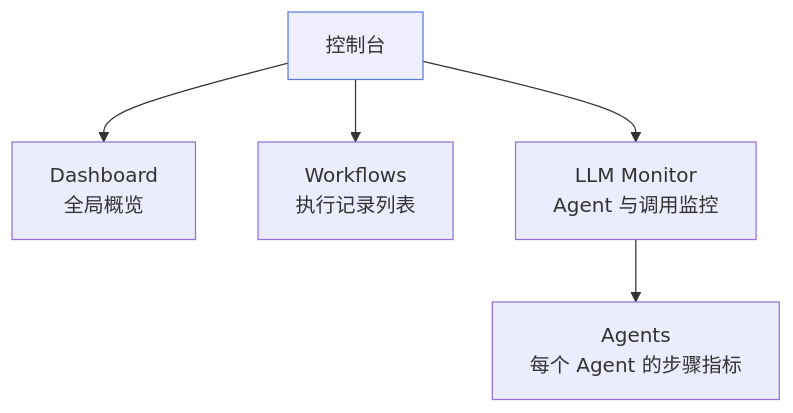
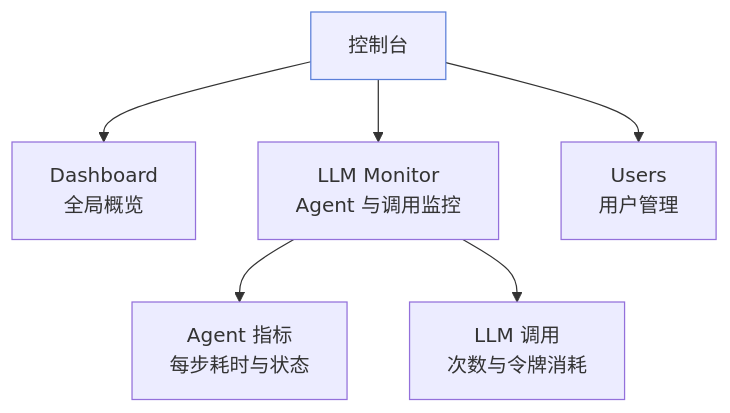
The first of 2 diagrams in sql-logic-docs/docs/guide/admin-dashboard.md (shixia9/MustBeTheSQL), drawn with Mermaid before and after one commit. The commit also changed other lines of this file and 11 other files, not shown here.

````diff
--- a/sql-logic-docs/docs/guide/admin-dashboard.md
+++ b/sql-logic-docs/docs/guide/admin-dashboard.md
@@ -13,8 +13,9 @@
 ```mermaid
 flowchart TB
   Dash["控制台"] --> D1["Dashboard<br/>全局概览"]
-  Dash --> D2["Workflows<br/>执行记录列表"]
-  Dash --> D3["LLM Monitor<br/>Agent 与调用监控"]
-  D3 --> D3a["Agents<br/>每个 Agent 的步骤指标"]
+  Dash --> D2["LLM Monitor<br/>Agent 与调用监控"]
+  Dash --> D3["Users<br/>用户管理"]
+  D2 --> D2a["Agent 指标<br/>每步耗时与状态"]
+  D2 --> D2b["LLM 调用<br/>次数与令牌消耗"]
   style Dash fill:#eef,stroke:#5b7fd9
 ```
````
